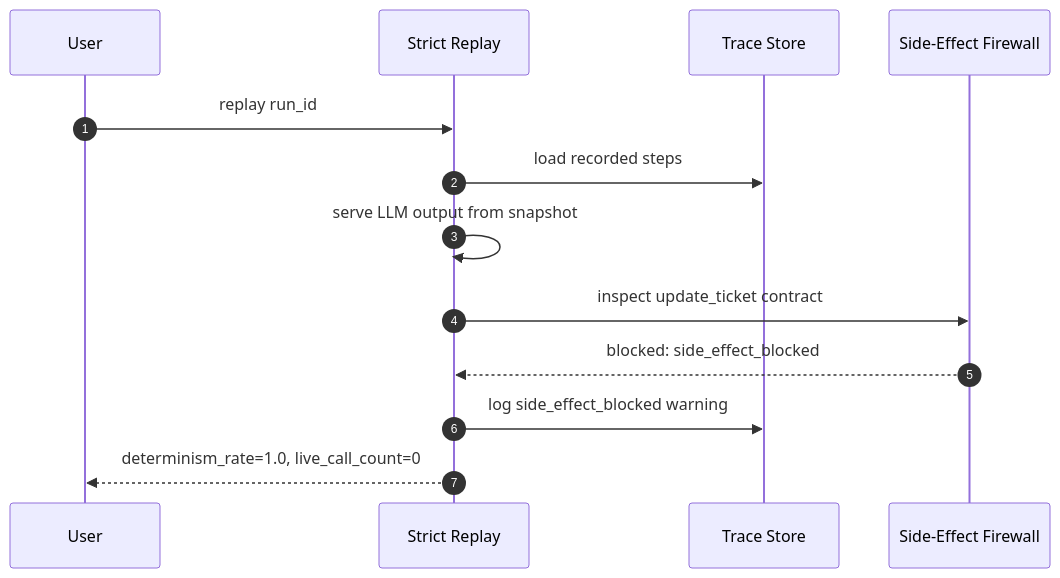
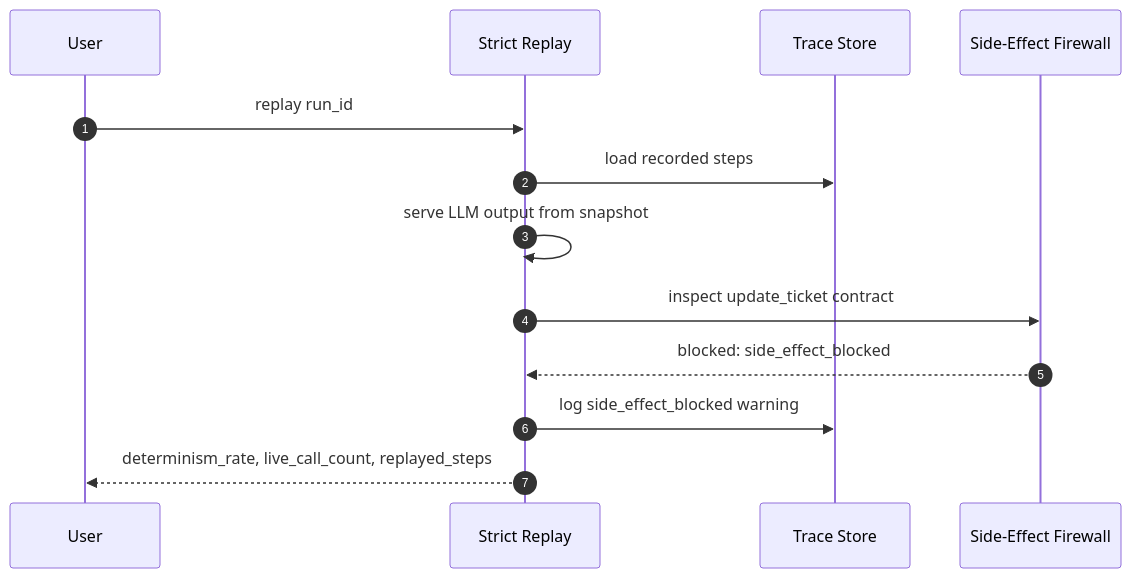
One commit to defi12748/ProxyTrace changed the third of 4 diagrams in README.md. Above: the diagram before and after it, drawn with Mermaid. The commit also changed other lines of this file and 1 other file, not shown here.

````diff
--- a/README.md
+++ b/README.md
@@ -99,16 +121,16 @@
 ```mermaid
 sequenceDiagram
     autonumber
     participant User
     participant Replay as Strict Replay
     participant Store as Trace Store
     participant Firewall as Side-Effect Firewall
 
     User->>Replay: replay run_id
     Replay->>Store: load recorded steps
     Replay->>Replay: serve LLM output from snapshot
     Replay->>Firewall: inspect update_ticket contract
     Firewall-->>Replay: blocked: side_effect_blocked
     Replay->>Store: log side_effect_blocked warning
-    Replay-->>User: determinism_rate=1.0, live_call_count=0
+    Replay-->>User: determinism_rate, live_call_count, replayed_steps
 ```
````
